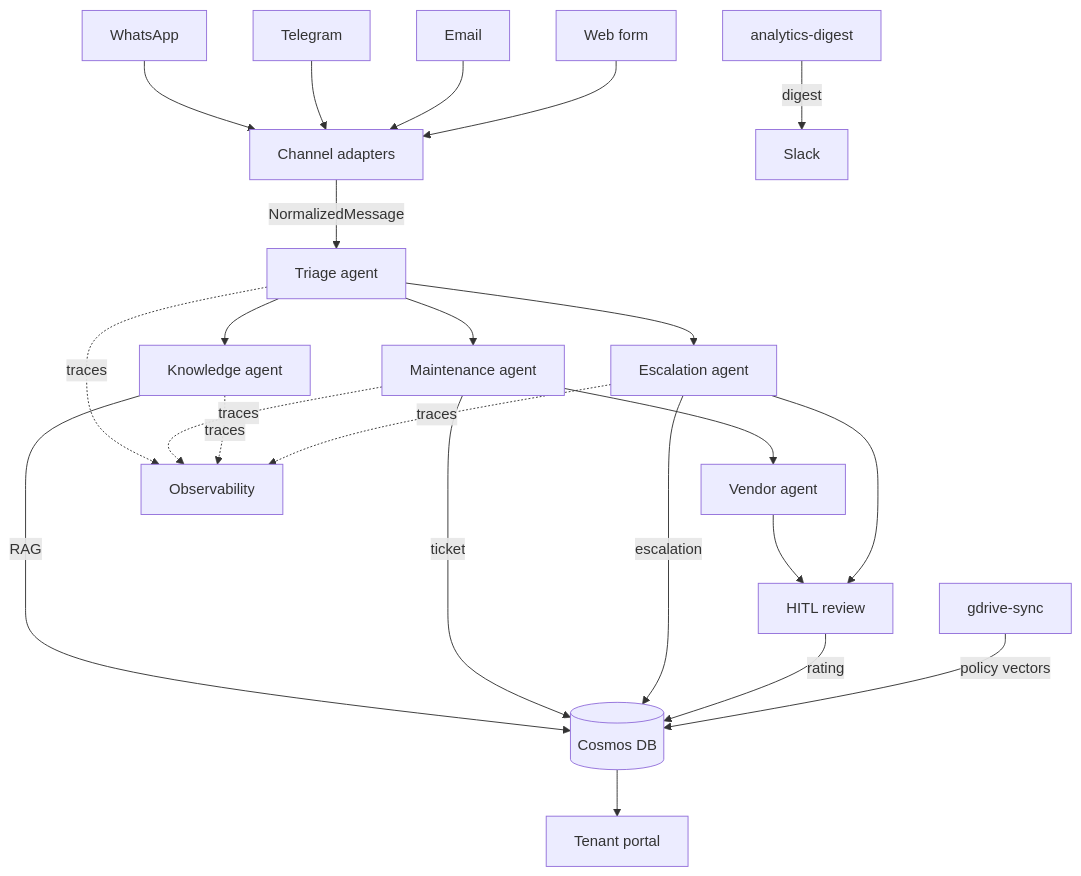
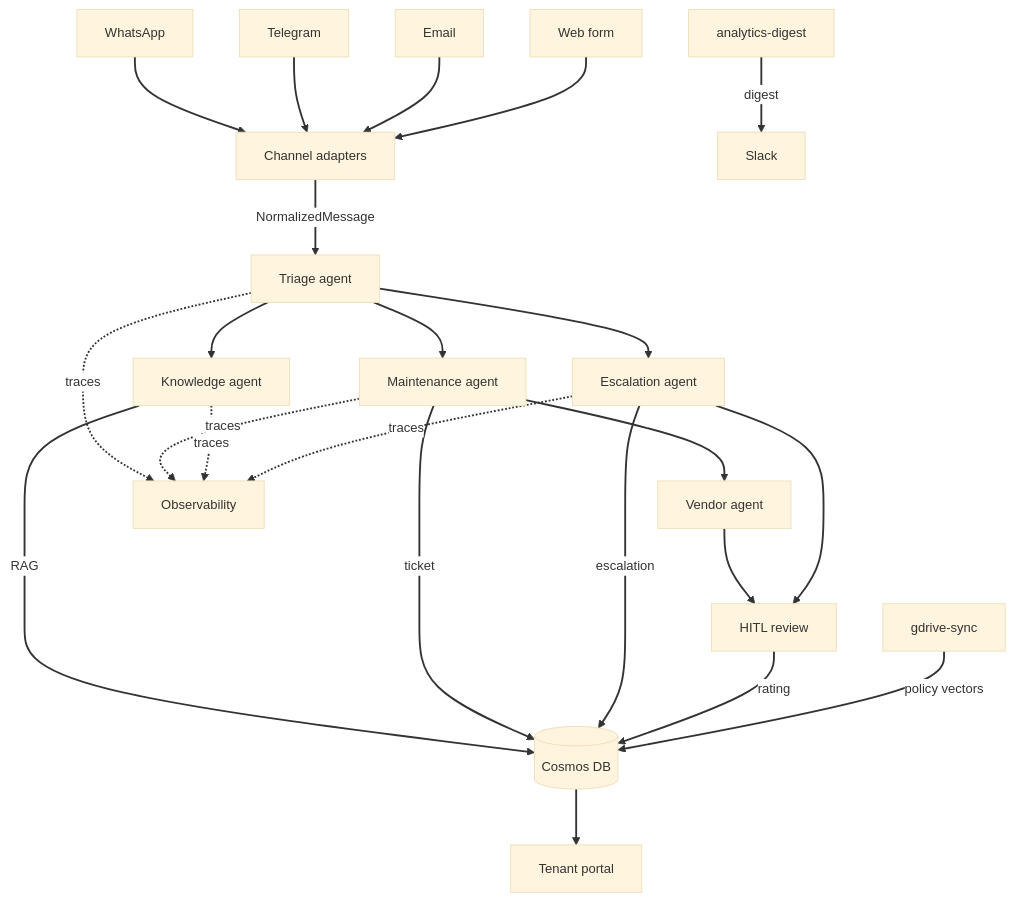
One commit to dharmendra-verma/CondoManager changed the first of 2 diagrams in docs/ARCHITECTURE.md. Above: the diagram before and after it, drawn with Mermaid. The commit also changed other lines of this file, not shown here.

Commit message:
docs: improve Mermaid diagram visibility in ARCHITECTURE.md
Section 2 (flowchart): add init theme with dark line color (#333333),
white edge label background, and linkStyle stroke-width:2px so
connector lines are bold and visible.

Section 3 (sequenceDiagram): add init theme with explicit label text
color (#333333) and white label backgrounds so connector text is
readable against any background.

````diff
--- a/docs/ARCHITECTURE.md
+++ b/docs/ARCHITECTURE.md
@@ -29,32 +29,35 @@
 ```mermaid
+%%{init: {"theme": "base", "themeVariables": {"lineColor": "#333333", "edgeLabelBackground": "#ffffff", "fontSize": "14px"}, "flowchart": {"curve": "basis", "nodeSpacing": 50, "rankSpacing": 60}}}%%
 flowchart TB
     WA[WhatsApp] --> NORM[Channel adapters]
     TG[Telegram] --> NORM
     EM[Email] --> NORM
     WEB[Web form] --> NORM
 
     NORM -->|NormalizedMessage| TRIAGE[Triage agent]
 
     TRIAGE --> MAINT[Maintenance agent]
     TRIAGE --> KNOW[Knowledge agent]
     TRIAGE --> ESC[Escalation agent]
 
     MAINT --> VEND[Vendor agent]
     VEND --> HITL[HITL review]
     ESC --> HITL
 
     KNOW -->|RAG| COSMOS[(Cosmos DB)]
     MAINT -->|ticket| COSMOS
     ESC -->|escalation| COSMOS
     HITL -->|rating| COSMOS
 
     GD[gdrive-sync] -->|policy vectors| COSMOS
     AN[analytics-digest] -->|digest| SLACK[Slack]
 
     COSMOS --> PORTAL[Tenant portal]
 
     TRIAGE -.->|traces| OBS[Observability]
     MAINT -.->|traces| OBS
     KNOW -.->|traces| OBS
     ESC -.->|traces| OBS
+
+    linkStyle default stroke:#333333,stroke-width:2px
 ```
````
